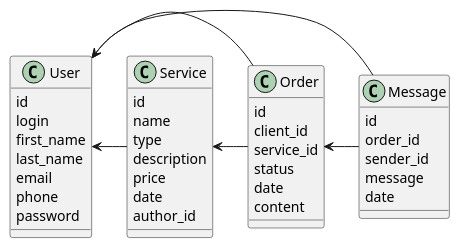
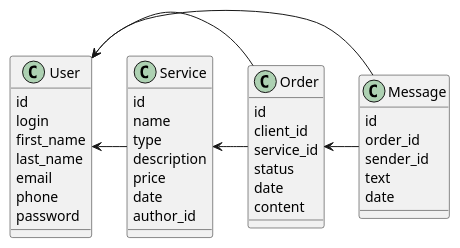
One commit to nrww/ISA_lab changed the second of 2 diagrams in components.md. Above: the diagram before and after it, drawn with PlantUML. The commit also changed other lines of this file, not shown here.

````diff
--- a/components.md
+++ b/components.md
@@ -109,47 +111,47 @@
 ```puml
 @startuml
 
 class Service {
   id
   name
   type
   description
   price
   date
   author_id
 }
 
 class User {
   id
   login
   first_name
   last_name
   email
   phone
   password
 }
 
 class Order {
   id
   client_id
   service_id
   status
   date
   content
 }
 
 class Message {
   id
   order_id
   sender_id
-  message
+  text
   date
 }
 
 User <- Service
 User <- Order
 Service <- Order
 Order <- Message
 User <- Message
 @enduml
 ```
````
